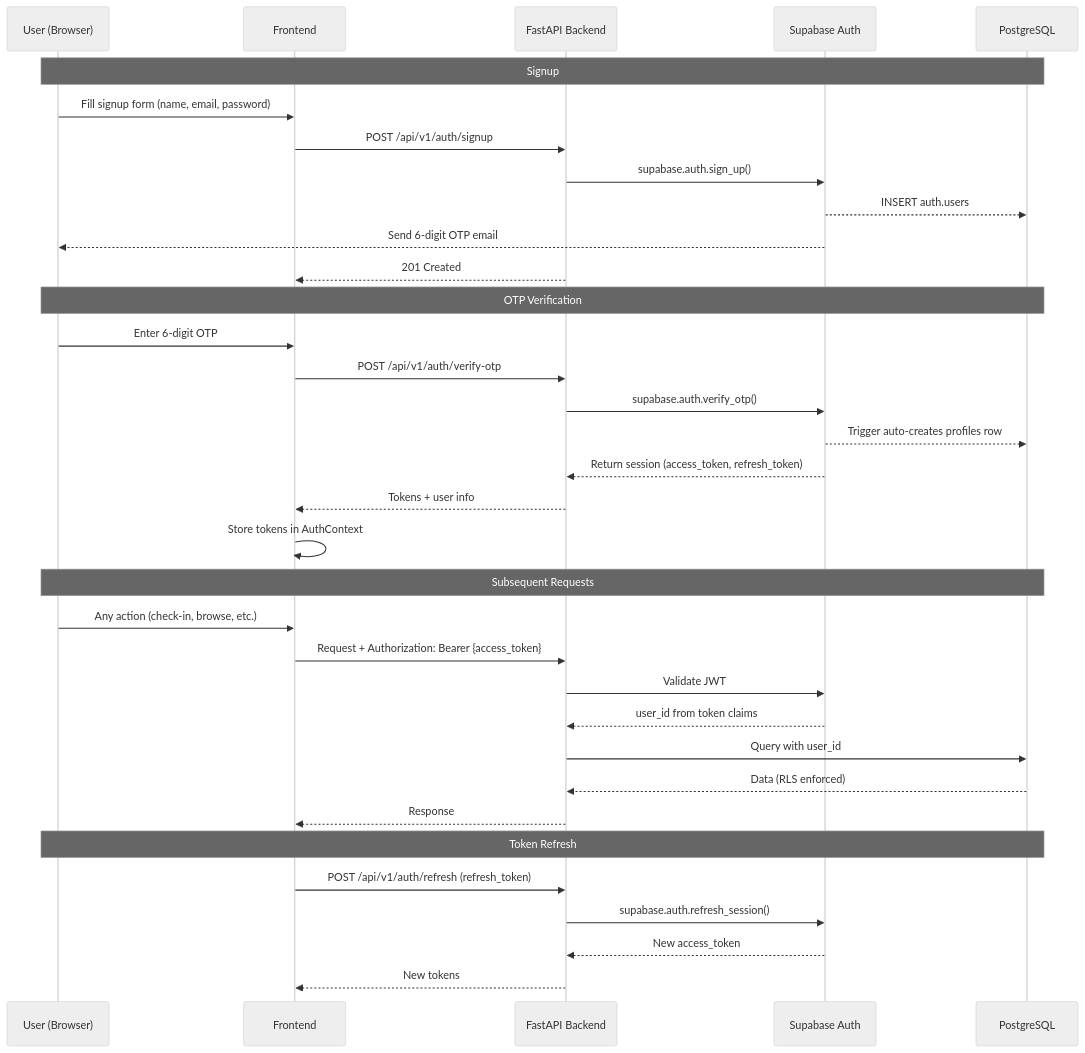
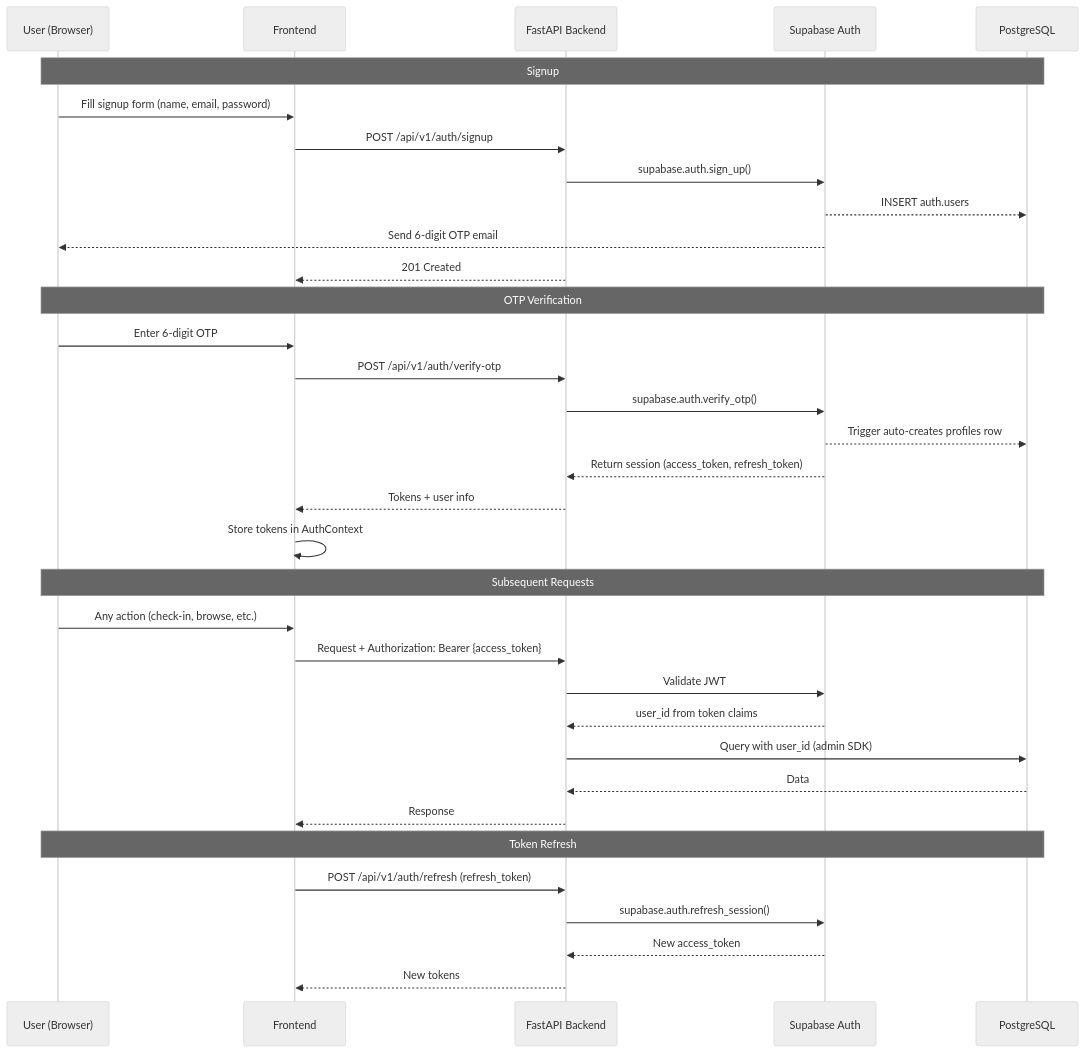
Before and after one commit to snsyaqirah/SinggahLuhh: the ninth of 12 diagrams in README.md, drawn with Mermaid (neutral theme). The commit also changed other lines of this file, not shown here.

````diff
--- a/README.md
+++ b/README.md
@@ -338,40 +659,40 @@
 ```mermaid
 sequenceDiagram
     participant U as User (Browser)
     participant FE as Frontend
     participant API as FastAPI Backend
     participant SB as Supabase Auth
     participant DB as PostgreSQL
 
     Note over U,DB: Signup
     U->>FE: Fill signup form (name, email, password)
     FE->>API: POST /api/v1/auth/signup
     API->>SB: supabase.auth.sign_up()
     SB-->>DB: INSERT auth.users
     SB-->>U: Send 6-digit OTP email
     API-->>FE: 201 Created
 
     Note over U,DB: OTP Verification
     U->>FE: Enter 6-digit OTP
     FE->>API: POST /api/v1/auth/verify-otp
     API->>SB: supabase.auth.verify_otp()
     SB-->>DB: Trigger auto-creates profiles row
     SB-->>API: Return session (access_token, refresh_token)
     API-->>FE: Tokens + user info
     FE->>FE: Store tokens in AuthContext
 
     Note over U,DB: Subsequent Requests
     U->>FE: Any action (check-in, browse, etc.)
     FE->>API: Request + Authorization: Bearer {access_token}
     API->>SB: Validate JWT
     SB-->>API: user_id from token claims
-    API->>DB: Query with user_id
-    DB-->>API: Data (RLS enforced)
+    API->>DB: Query with user_id (admin SDK)
+    DB-->>API: Data
     API-->>FE: Response
 
     Note over U,DB: Token Refresh
     FE->>API: POST /api/v1/auth/refresh (refresh_token)
     API->>SB: supabase.auth.refresh_session()
     SB-->>API: New access_token
     API-->>FE: New tokens
 ```
````
